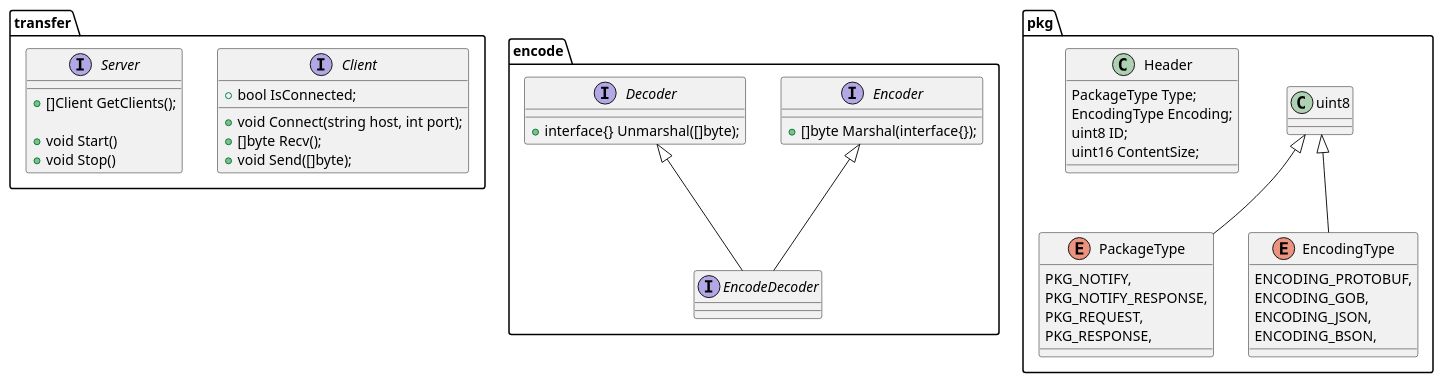
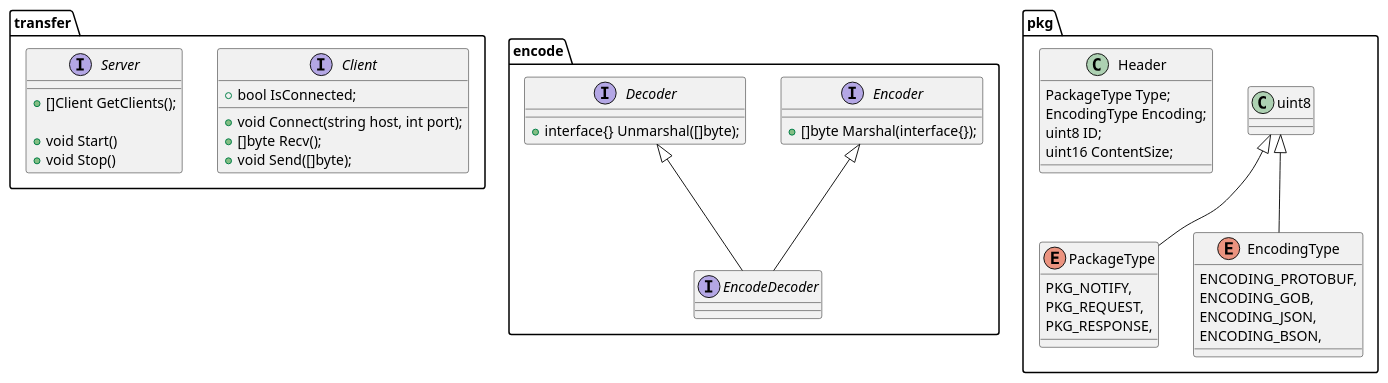
Before and after one commit to Jennal/goplay: the diagram in docs/uml/class.plantuml, drawn with PlantUML. The commit also changed 1 other file, not shown here.

Commit message:
remove NOTIFY_RESPONSE

```diff
--- a/docs/uml/class.plantuml
+++ b/docs/uml/class.plantuml
@@ -1,56 +1,55 @@
 @startuml
 
 package transfer {
     interface Client {
         + bool IsConnected;
 
         + void Connect(string host, int port);
         + []byte Recv();
         + void Send([]byte);
     }
 
     interface Server {
         + []Client GetClients();
 
         + void Start()
         + void Stop()
     }
 }
 
 package encode {
     interface Encoder {
         + []byte Marshal(interface{});
     }
 
     interface Decoder {
         + interface{} Unmarshal([]byte);
     }
 
     interface EncodeDecoder extends Encoder, Decoder {
     }
 }
 
 package pkg {
     enum PackageType extends uint8 {
         PKG_NOTIFY,
-        PKG_NOTIFY_RESPONSE,
         PKG_REQUEST,
         PKG_RESPONSE,
     }
 
     enum EncodingType extends uint8 {
         ENCODING_PROTOBUF,
         ENCODING_GOB,
         ENCODING_JSON,
         ENCODING_BSON,
     }
 
     class Header {
         PackageType Type;
         EncodingType Encoding;
         uint8 ID;
         uint16 ContentSize;
     }
 }
 
 @enduml
```
